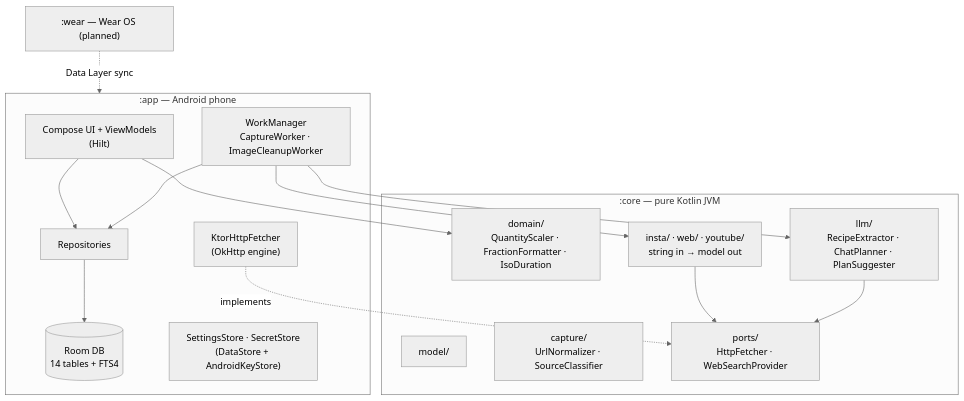
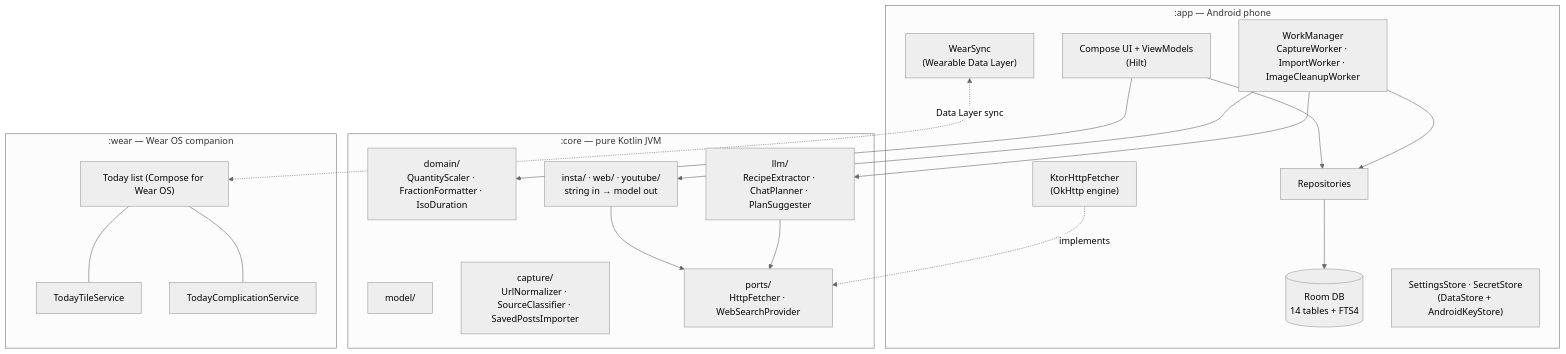
One commit to inthevortex/recipe-catcher changed the second of 5 diagrams in README.md. Above: the diagram before and after it, drawn with Mermaid (neutral theme). The commit also changed other lines of this file, not shown here.

Commit message:
docs: update README for bulk import, top comments, and Wear OS companion

````diff
--- a/README.md
+++ b/README.md
@@ -187,32 +214,39 @@
 ```mermaid
 flowchart TD
   subgraph APP[":app — Android phone"]
     UI["Compose UI + ViewModels<br/>(Hilt)"]
     REPO["Repositories"]
     DB[("Room DB<br/>14 tables + FTS4")]
-    WORK["WorkManager<br/>CaptureWorker · ImageCleanupWorker"]
+    WORK["WorkManager<br/>CaptureWorker · ImportWorker · ImageCleanupWorker"]
     SEC["SettingsStore · SecretStore<br/>(DataStore + AndroidKeyStore)"]
     NET["KtorHttpFetcher<br/>(OkHttp engine)"]
+    SYNC["WearSync<br/>(Wearable Data Layer)"]
   end
 
   subgraph CORE[":core — pure Kotlin JVM"]
     MODEL["model/"]
     DOMAIN["domain/<br/>QuantityScaler · FractionFormatter · IsoDuration"]
-    CAPTURE["capture/<br/>UrlNormalizer · SourceClassifier"]
+    CAPTURE["capture/<br/>UrlNormalizer · SourceClassifier · SavedPostsImporter"]
     PARSERS["insta/ · web/ · youtube/<br/>string in → model out"]
     LLM["llm/<br/>RecipeExtractor · ChatPlanner · PlanSuggester"]
     PORTS["ports/<br/>HttpFetcher · WebSearchProvider"]
   end
 
-  WEAR[":wear — Wear OS (planned)"]
+  subgraph WEARM[":wear — Wear OS companion"]
+    WUI["Today list (Compose for Wear OS)"]
+    TILE["TodayTileService"]
+    COMP["TodayComplicationService"]
+  end
 
   UI --> REPO --> DB
   WORK --> PARSERS
   WORK --> LLM
   WORK --> REPO
   UI --> DOMAIN
   PARSERS --> PORTS
   LLM --> PORTS
   NET -. implements .-> PORTS
-  WEAR -. Data Layer sync .-> APP
+  SYNC <-. "Data Layer sync" .-> WUI
+  WUI --- TILE
+  WUI --- COMP
 ```
````
